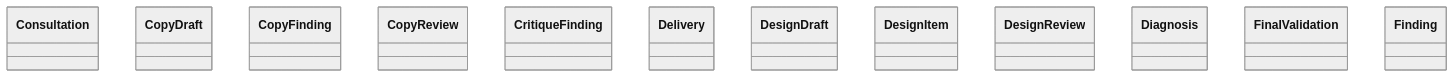
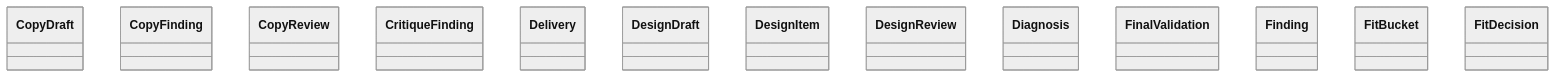
Before and after one commit to GonzaloZevallos/agentic-system: the diagram in docs/architecture/generated/classes-process-domain-roles-2.md, drawn with Mermaid (neutral theme). The commit also changed other lines of this file and 19 other files, not shown here.

Commit message:
Regenerate the architecture pages for the roles cluster

````diff
--- a/docs/architecture/generated/classes-process-domain-roles-2.md
+++ b/docs/architecture/generated/classes-process-domain-roles-2.md
@@ -25,15 +25,16 @@
 ```mermaid
 classDiagram
-    class schemas__Consultation["Consultation"]
     class schemas__CopyDraft["CopyDraft"]
     class schemas__CopyFinding["CopyFinding"]
     class schemas__CopyReview["CopyReview"]
     class schemas__CritiqueFinding["CritiqueFinding"]
     class schemas__Delivery["Delivery"]
     class schemas__DesignDraft["DesignDraft"]
     class schemas__DesignItem["DesignItem"]
     class schemas__DesignReview["DesignReview"]
     class schemas__Diagnosis["Diagnosis"]
     class schemas__FinalValidation["FinalValidation"]
     class schemas__Finding["Finding"]
+    class schemas__FitBucket["FitBucket"]
+    class schemas__FitDecision["FitDecision"]
 ```
````
